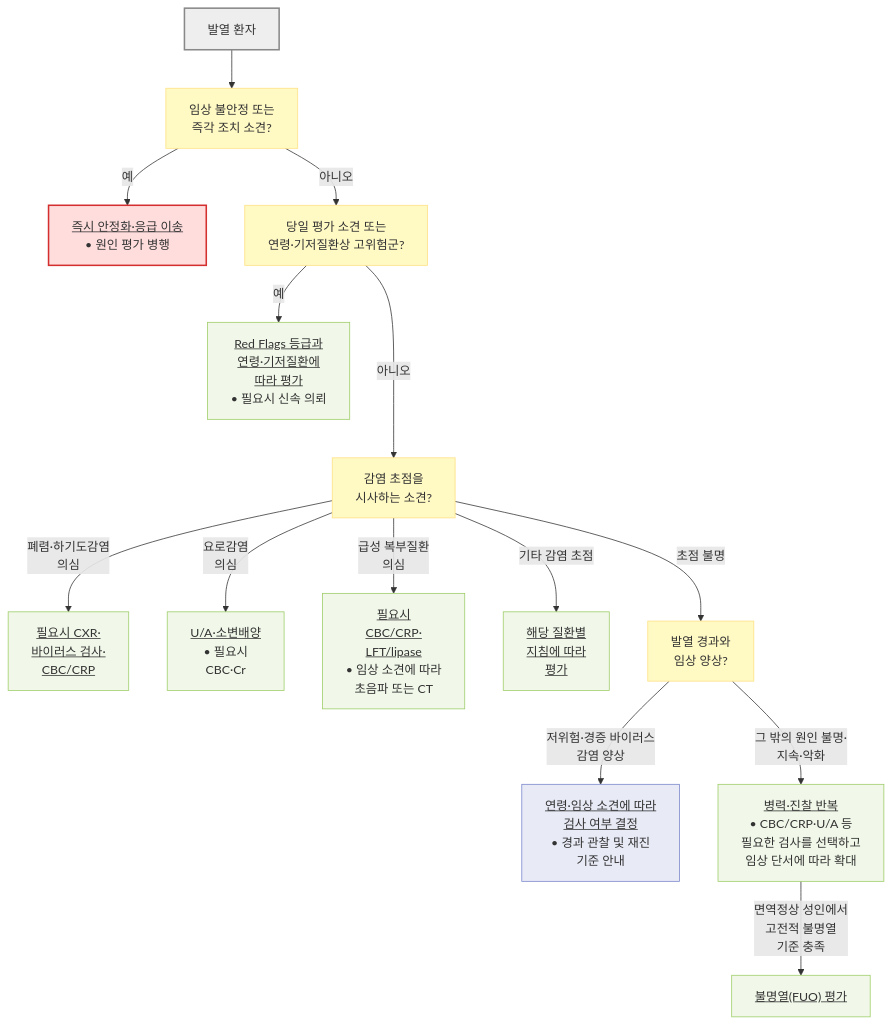
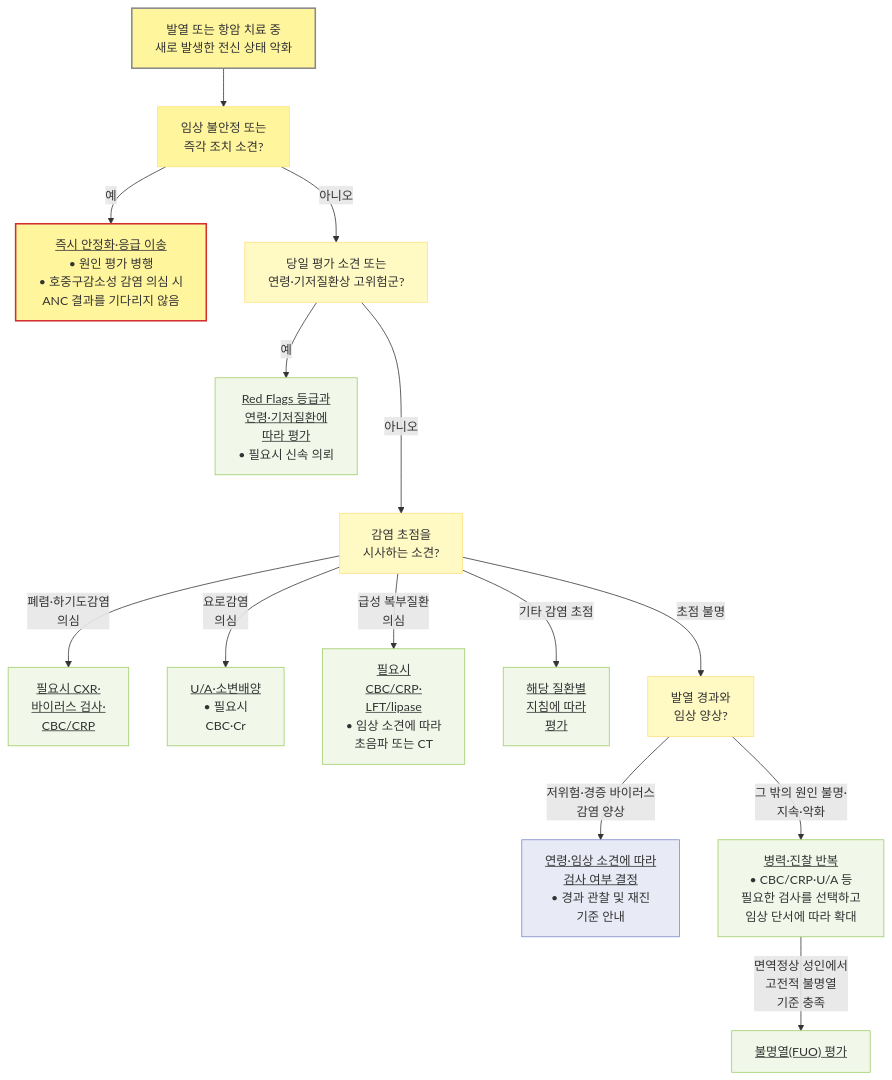
The first of 3 diagrams in 220_/011_-fever.md (familyoh77/familyoh77), drawn with Mermaid before and after one commit. The commit also changed other lines of this file and 6 other files, not shown here.

````diff
--- a/220_/011_-fever.md
+++ b/220_/011_-fever.md
@@ -155,26 +156,29 @@
 ```mermaid
 flowchart TD
-    A["발열 환자"] --> B["임상 불안정 또는 <br/>즉각 조치 소견?"]
-    B -- "예" --> C["<u>즉시 안정화·응급 이송</u><br/>• 원인 평가 병행"]
+    A["발열 또는 항암 치료 중<br/>새로 발생한 전신 상태 악화"] --> B["임상 불안정 또는 <br/>즉각 조치 소견?"]
+    B -- "예" --> C["<u>즉시 안정화·응급 이송</u><br/>• 원인 평가 병행<br/>• 호중구감소성 감염 의심 시<br/>ANC 결과를 기다리지 않음"]
     B -- "아니오" --> B2["당일 평가 소견 또는 <br/>연령·기저질환상 고위험군?"]
     B2 -- "예" --> C2["<u>Red Flags 등급과 <br/>연령·기저질환에 <br/>따라 평가</u><br/>• 필요시 신속 의뢰"]
     B2 -- "아니오" ---> D["감염 초점을 <br/>시사하는 소견?"]
     D -- "폐렴·하기도감염 <br/>의심" --> E["<u>필요시 CXR·<br/>바이러스 검사·<br/>CBC/CRP</u>"]
     D -- "요로감염 <br/>의심" --> F["<u>U/A·소변배양</u><br/>• 필요시 <br/>CBC·Cr"]
     D -- "급성 복부질환 <br/>의심" --> G["<u>필요시 <br/>CBC/CRP·<br/>LFT/lipase</u><br/>• 임상 소견에 따라 <br/>초음파 또는 CT"]
     D -- "기타 감염 초점" --> G2["<u>해당 질환별 <br/>지침에 따라 <br/>평가</u>"]
     D -- "초점 불명" --> H["발열 경과와 <br/>임상 양상?"]
     H -- "저위험·경증 바이러스 <br/>감염 양상" --> I["<u>연령·임상 소견에 따라<br/>검사 여부 결정</u><br/>• 경과 관찰 및 재진 <br/>기준 안내"]
     H -- "그 밖의 원인 불명·<br/>지속·악화" --> J["<u>병력·진찰 반복</u><br/>• CBC/CRP·U/A 등 <br/>필요한 검사를 선택하고 <br/>임상 단서에 따라 확대"]
     J -- "면역정상 성인에서 <br/>고전적 불명열 <br/>기준 충족" --> K["<u>불명열(FUO) 평가</u>"]
     classDef start fill:#eeeeee,stroke:#888888,stroke-width:2px
     classDef question fill:#fff9c4,stroke:#ffe082
     classDef emergency fill:#ffdddd,stroke:#d32f2f,stroke-width:2px
     classDef evaluation fill:#f1f8e9,stroke:#9ccc65
     classDef followup fill:#e8eaf6,stroke:#7986cb
     class A start
     class B,B2,D,H question
     class C emergency
     class C2,E,F,G,G2,J,K evaluation
     class I followup
+    style A fill:#fff59d
+    style B fill:#fff59d
+    style C fill:#fff59d
 ```
````
